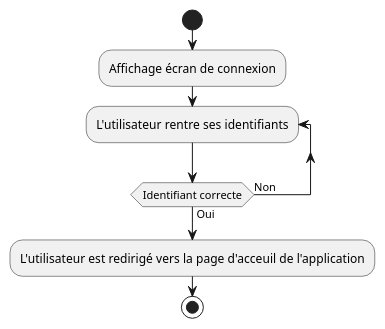
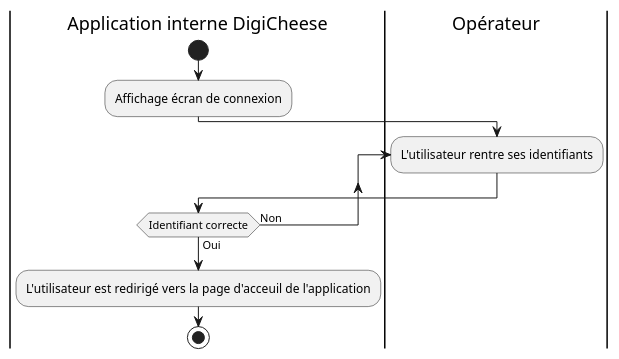
The diagram in Cas_activite/DA_Connexion_a_l_application.puml (Bluwen/Conception_d_une_application_informatique), drawn with PlantUML before and after one commit. The commit also changed 11 other files, not shown here.

Commit message:
Mise au points du vocabulaire des diagrammes

```diff
--- a/Cas_activite/DA_Connexion_a_l_application.puml
+++ b/Cas_activite/DA_Connexion_a_l_application.puml
@@ -1,13 +1,18 @@
 @startuml connexion a l'application
 
+|Application interne DigiCheese|
 start
+
 :Affichage écran de connexion;
 
+|Opérateur|
 repeat :L'utilisateur rentre ses identifiants;
+
+|Application interne DigiCheese|
 repeat while (Identifiant correcte) is (Non) not (Oui);
 
 :L'utilisateur est redirigé vers la page d'acceuil de l'application;
 stop
 
 
 @enduml
```
